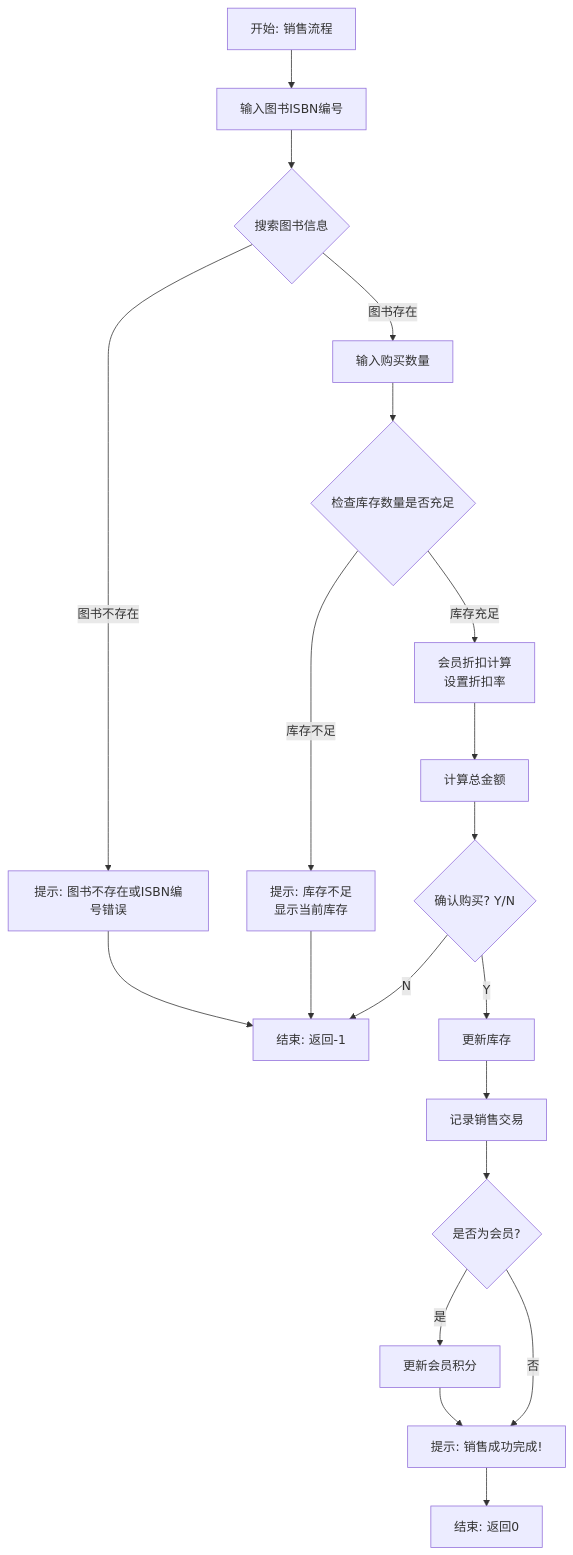
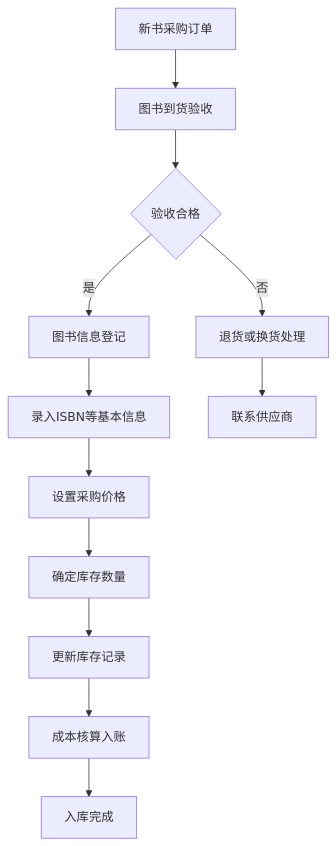
One commit to HelloMe66/iodraw-files changed the diagram in all/未命名-4.md. Above: the diagram before and after it, drawn with Mermaid.

Commit message:
2025-12-05 14:39:14 update

````diff
--- a/all/未命名-4.md
+++ b/all/未命名-4.md
@@ -1,31 +1,15 @@
 ```mermaid
 flowchart TD
-    A[开始: 销售流程] --> B[输入图书ISBN编号]
-    B --> C{搜索图书信息}
-    
-    C -- 图书不存在 --> D[提示: 图书不存在或ISBN编号错误]
-    D --> E[结束: 返回-1]
-    
-    C -- 图书存在 --> F[输入购买数量]
-    F --> G{检查库存数量是否充足}
-    
-    G -- 库存不足 --> H[提示: 库存不足<br>显示当前库存]
-    H --> E
-    
-    G -- 库存充足 --> I[会员折扣计算<br>设置折扣率]
-    I --> J[计算总金额]
-    J --> K{确认购买? Y/N}
-    
-    K -- N --> E
-    
-    K -- Y --> L[更新库存]
-    L --> M[记录销售交易]
-    M --> N{是否为会员?}
-    
-    N -- 是 --> O[更新会员积分]
-    O --> P[提示: 销售成功完成!]
-    
-    N -- 否 --> P
-    
-    P --> Q[结束: 返回0]
+    A[新书采购订单] --> B[图书到货验收]
+    B --> C{验收合格}
+    C -->|是| D[图书信息登记]
+    C -->|否| E[退货或换货处理]
+    D
+    D --> F[录入ISBN等基本信息]
+    F --> G[设置采购价格]
+    G --> H[确定库存数量]
+    H --> I[更新库存记录]
+    I --> J[成本核算入账]
+    J --> K[入库完成]
+    E --> L[联系供应商]
 ```
````
